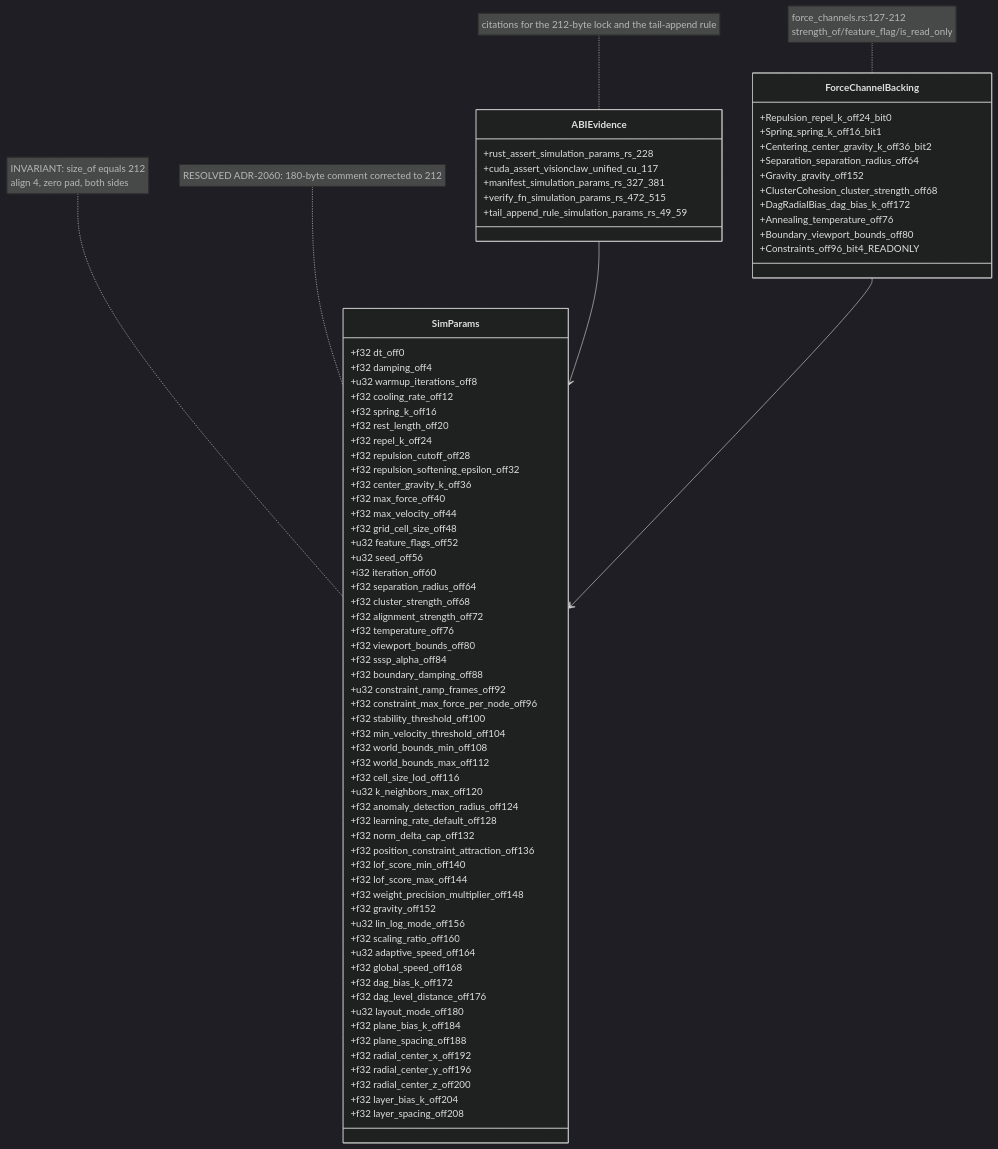
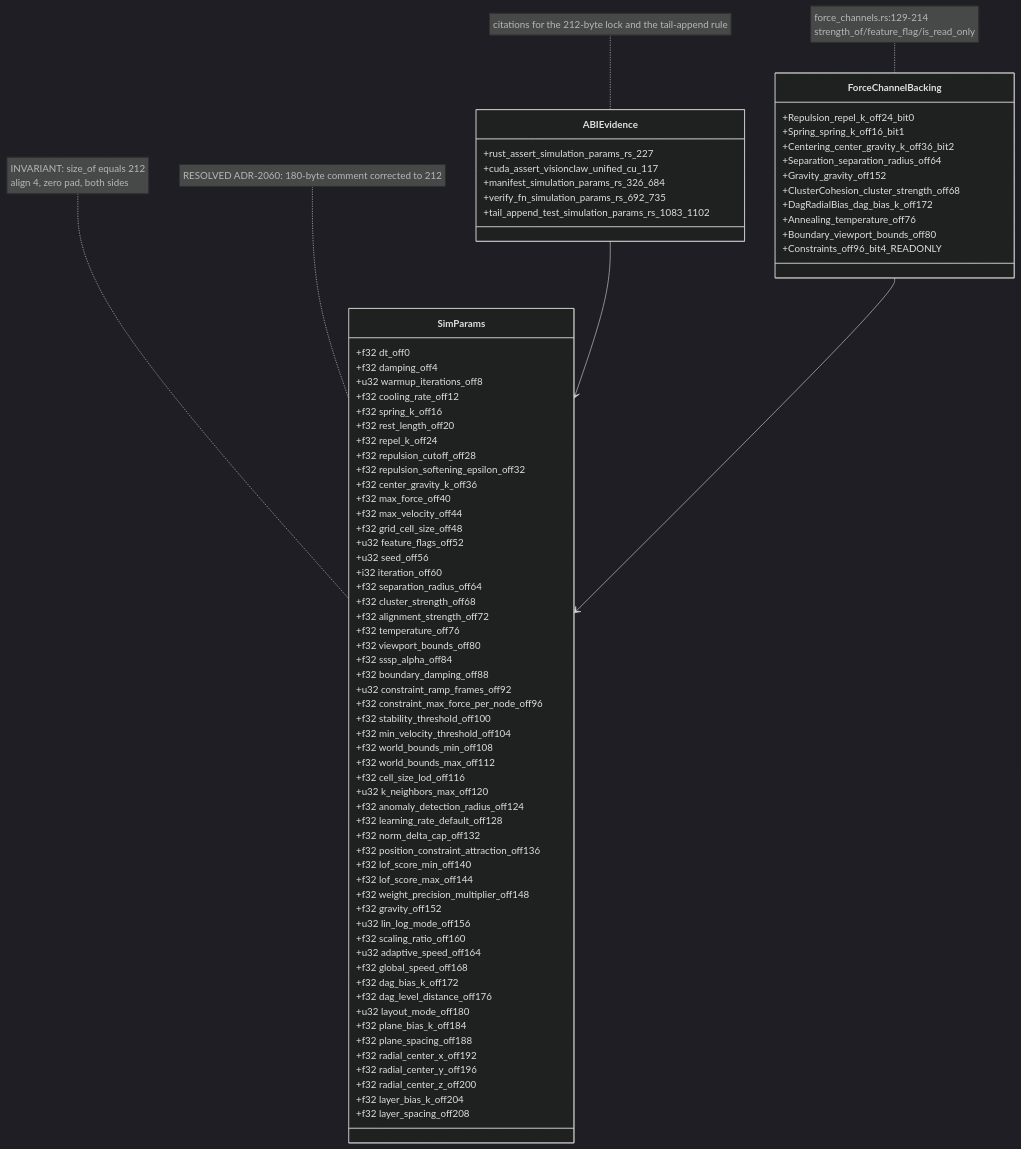
Before and after one commit to DreamLab-AI/VisionFlow: the first of 7 diagrams in docs/diagrams/visionclaw/12-simparams-abi-and-ptx.md, drawn with Mermaid (dark theme). The commit also changed other lines of this file and 80 other files, not shown here.

First line of the commit message:
docs(diagrams): re-verify the agentbox, dreamlab, estate and visionflow corpus against current sources

````diff
--- a/docs/diagrams/visionclaw/12-simparams-abi-and-ptx.md
+++ b/docs/diagrams/visionclaw/12-simparams-abi-and-ptx.md
@@ -83,11 +83,11 @@
         +f32 layer_spacing_off208
     }
     class ABIEvidence {
-        +rust_assert_simulation_params_rs_228
+        +rust_assert_simulation_params_rs_227
         +cuda_assert_visionclaw_unified_cu_117
-        +manifest_simulation_params_rs_327_381
-        +verify_fn_simulation_params_rs_472_515
-        +tail_append_rule_simulation_params_rs_49_59
+        +manifest_simulation_params_rs_326_684
+        +verify_fn_simulation_params_rs_692_735
+        +tail_append_test_simulation_params_rs_1083_1102
     }
     class ForceChannelBacking {
         +Repulsion_repel_k_off24_bit0
@@ -106,5 +106,5 @@
     note for SimParams "INVARIANT: size_of equals 212<br/>align 4, zero pad, both sides"
     note for SimParams "RESOLVED ADR-2060: 180-byte comment corrected to 212"
     note for ABIEvidence "citations for the 212-byte lock and the tail-append rule"
-    note for ForceChannelBacking "force_channels.rs:127-212<br/>strength_of/feature_flag/is_read_only"
+    note for ForceChannelBacking "force_channels.rs:129-214<br/>strength_of/feature_flag/is_read_only"
 ```
````
